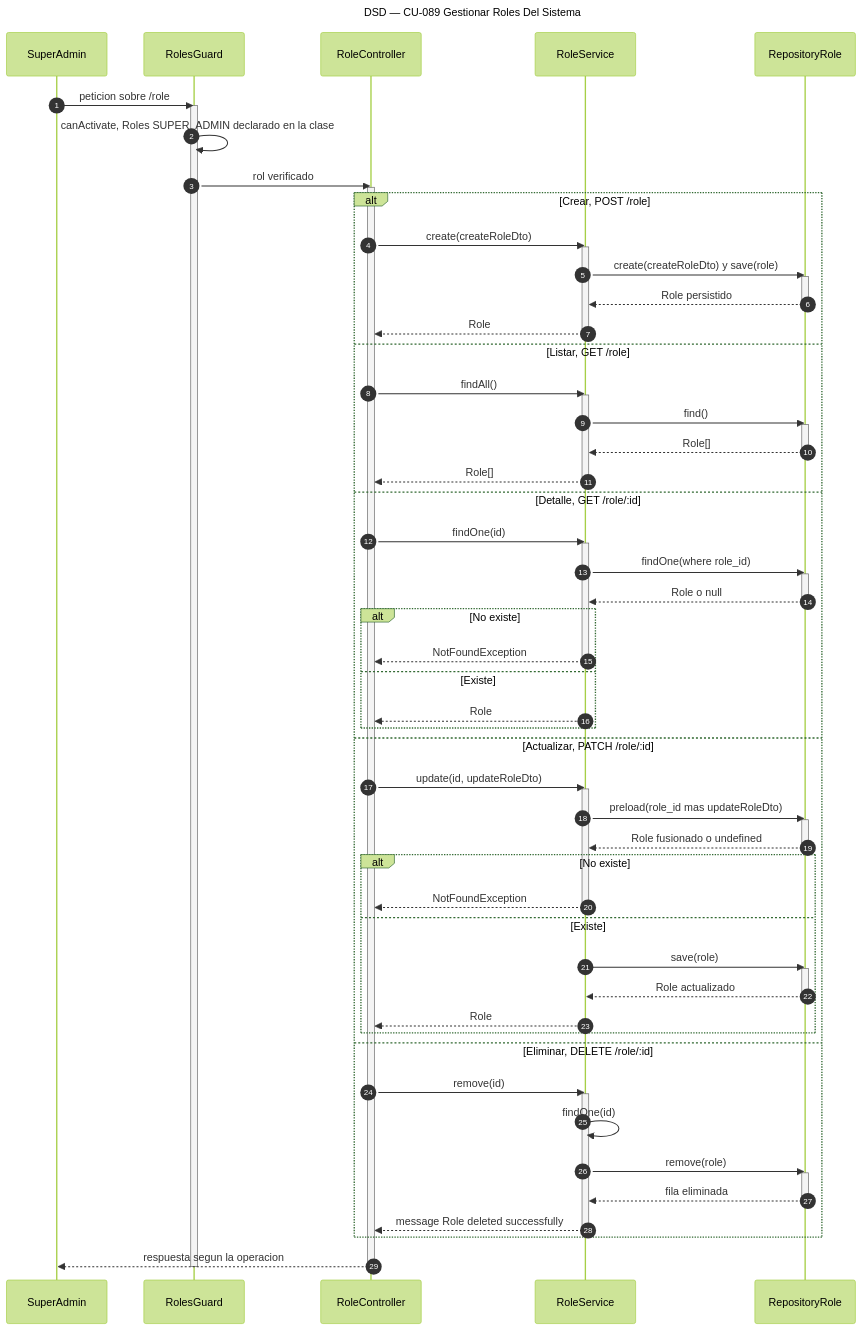
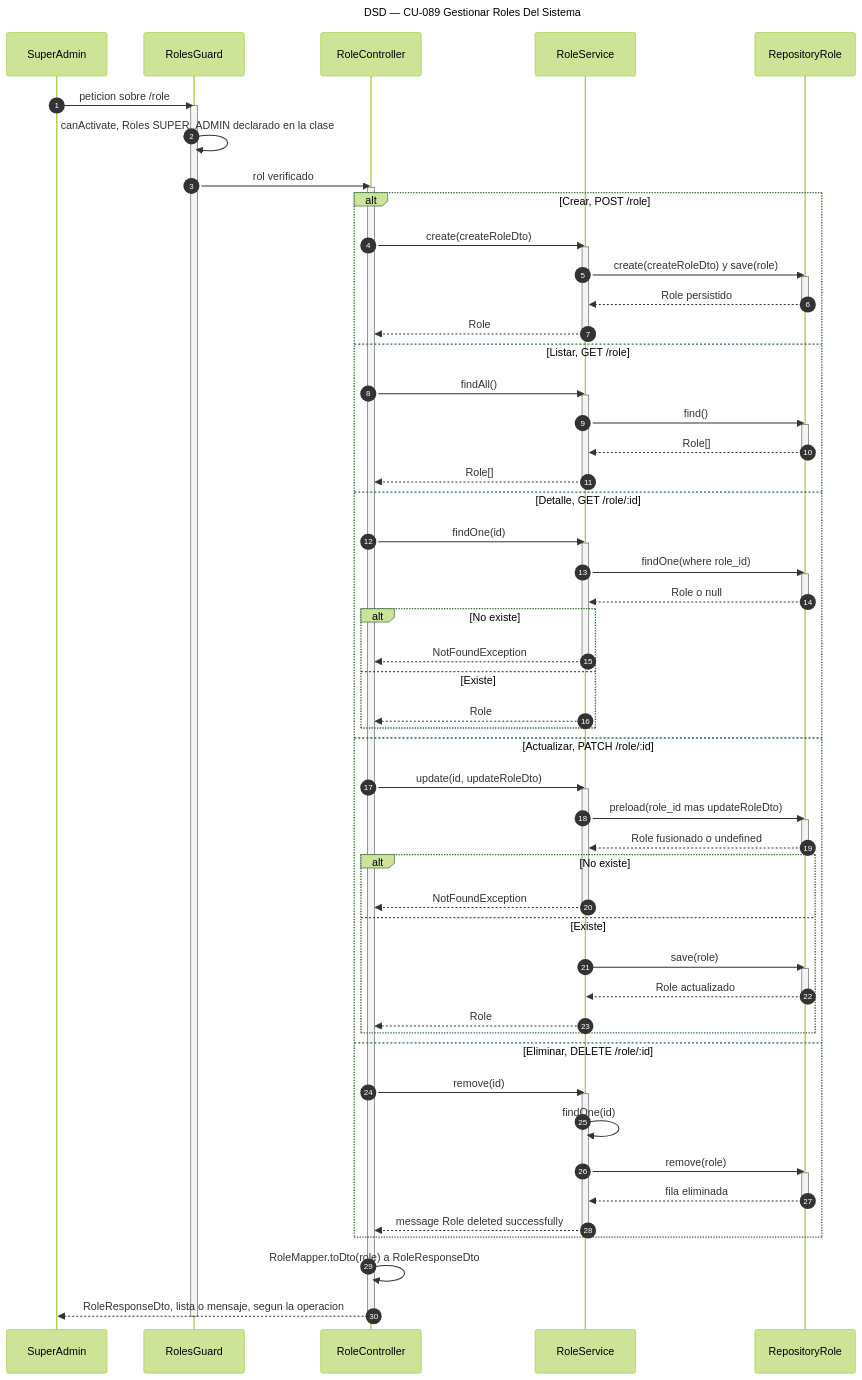
One commit to Nahuelito-Dev/splg-docs changed the diagram in diagramas/DSD_CU-089_Gestionar-Roles-Del-Sistema.mmd. Above: the diagram before and after it, drawn with Mermaid (forest theme). The commit also changed 1 other file, not shown here.

Commit message:
docs(dsd): CU-089 muestra el mapeo a RoleResponseDto

```diff
--- a/diagramas/DSD_CU-089_Gestionar-Roles-Del-Sistema.mmd
+++ b/diagramas/DSD_CU-089_Gestionar-Roles-Del-Sistema.mmd
@@ -1,77 +1,78 @@
 sequenceDiagram
     title DSD — CU-089 Gestionar Roles Del Sistema
     autonumber
     participant SA as SuperAdmin
     participant GRD as RolesGuard
     participant CTRL as RoleController
     participant SRV as RoleService
     participant RREP as RepositoryRole
 
     SA->>GRD: peticion sobre /role
     activate GRD
     GRD->>GRD: canActivate, Roles SUPER_ADMIN declarado en la clase
     GRD->>CTRL: rol verificado
     activate CTRL
 
     alt Crear, POST /role
         CTRL->>SRV: create(createRoleDto)
         activate SRV
         SRV->>RREP: create(createRoleDto) y save(role)
         activate RREP
         RREP-->>SRV: Role persistido
         deactivate RREP
         SRV-->>CTRL: Role
         deactivate SRV
     else Listar, GET /role
         CTRL->>SRV: findAll()
         activate SRV
         SRV->>RREP: find()
         activate RREP
         RREP-->>SRV: Role[]
         deactivate RREP
         SRV-->>CTRL: Role[]
         deactivate SRV
     else Detalle, GET /role/:id
         CTRL->>SRV: findOne(id)
         activate SRV
         SRV->>RREP: findOne(where role_id)
         activate RREP
         RREP-->>SRV: Role o null
         deactivate RREP
         alt No existe
             SRV-->>CTRL: NotFoundException
             deactivate SRV
         else Existe
             SRV-->>CTRL: Role
         end
     else Actualizar, PATCH /role/:id
         CTRL->>SRV: update(id, updateRoleDto)
         activate SRV
         SRV->>RREP: preload(role_id mas updateRoleDto)
         activate RREP
         RREP-->>SRV: Role fusionado o undefined
         deactivate RREP
         alt No existe
             SRV-->>CTRL: NotFoundException
             deactivate SRV
         else Existe
             SRV->>RREP: save(role)
             activate RREP
             RREP-->>SRV: Role actualizado
             deactivate RREP
             SRV-->>CTRL: Role
         end
     else Eliminar, DELETE /role/:id
         CTRL->>SRV: remove(id)
         activate SRV
         SRV->>SRV: findOne(id)
         SRV->>RREP: remove(role)
         activate RREP
         RREP-->>SRV: fila eliminada
         deactivate RREP
         SRV-->>CTRL: message Role deleted successfully
         deactivate SRV
     end
-    CTRL-->>SA: respuesta segun la operacion
+    CTRL->>CTRL: RoleMapper.toDto(role) a RoleResponseDto
+    CTRL-->>SA: RoleResponseDto, lista o mensaje, segun la operacion
     deactivate CTRL
     deactivate GRD
```
